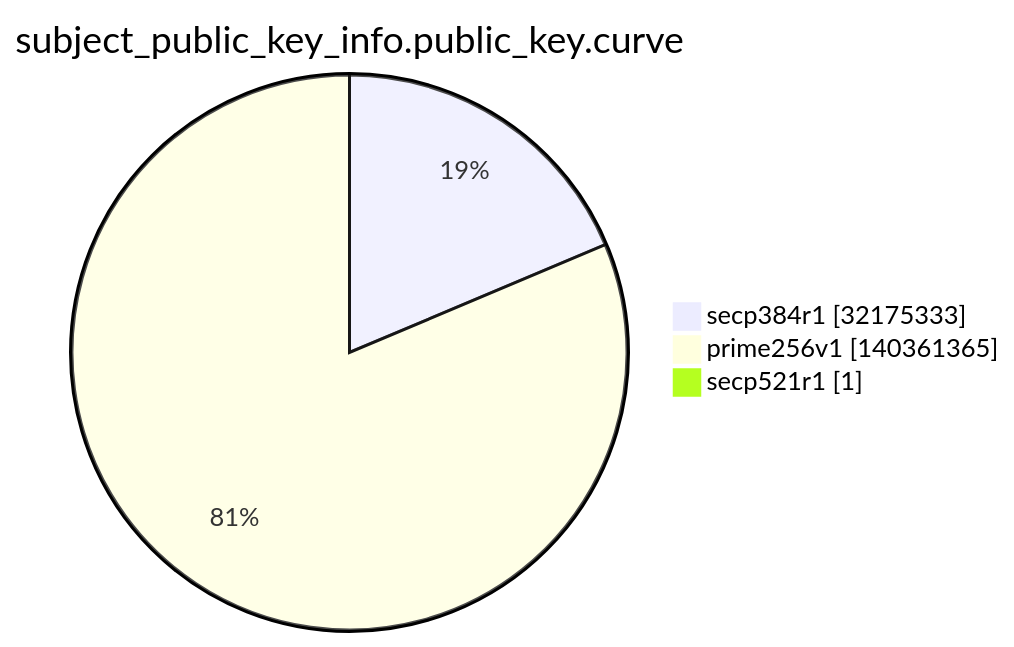
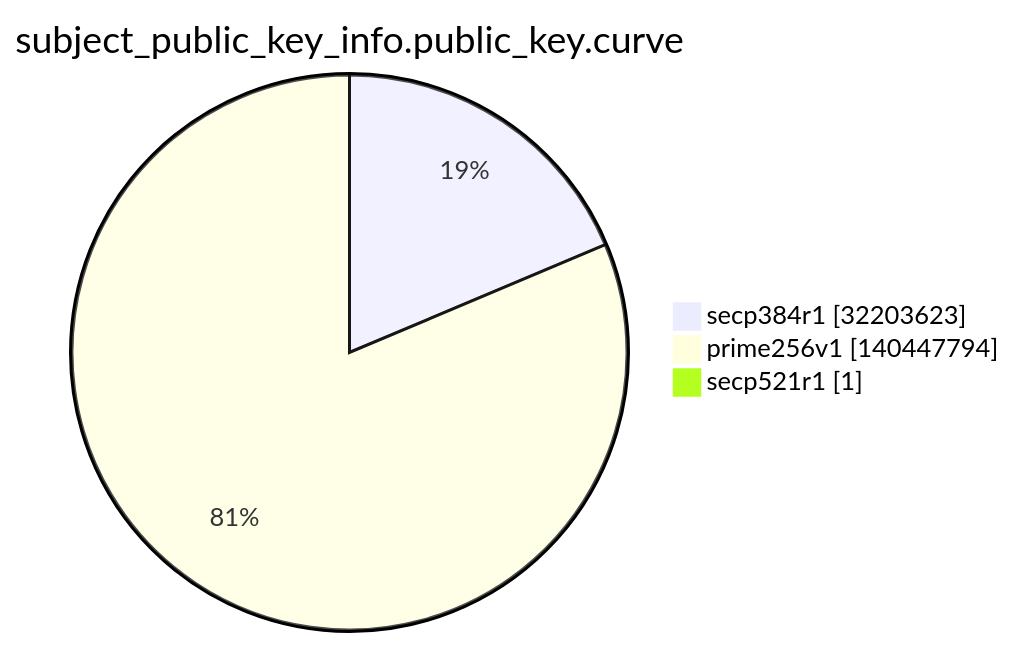
The ninth of 15 diagrams in argon2022/README.md (christiankrug/ctmonitor_visualization), drawn with Mermaid before and after one commit. The commit also changed other lines of this file, not shown here.

````diff
--- a/argon2022/README.md
+++ b/argon2022/README.md
@@ -2762,7 +2762,7 @@
 ```mermaid
 pie showData
 title subject_public_key_info.public_key.curve
-"secp384r1" :32175333
-"prime256v1" :140361365
+"secp384r1" :32203623
+"prime256v1" :140447794
 "secp521r1" :1
 ```
````
